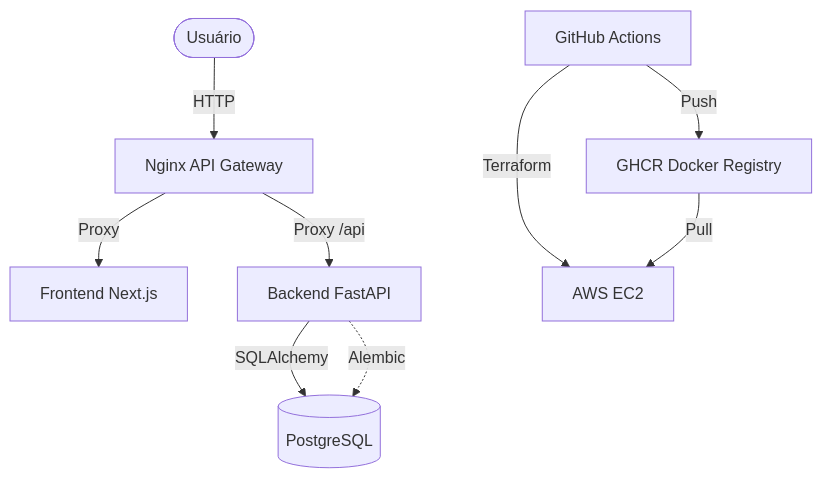
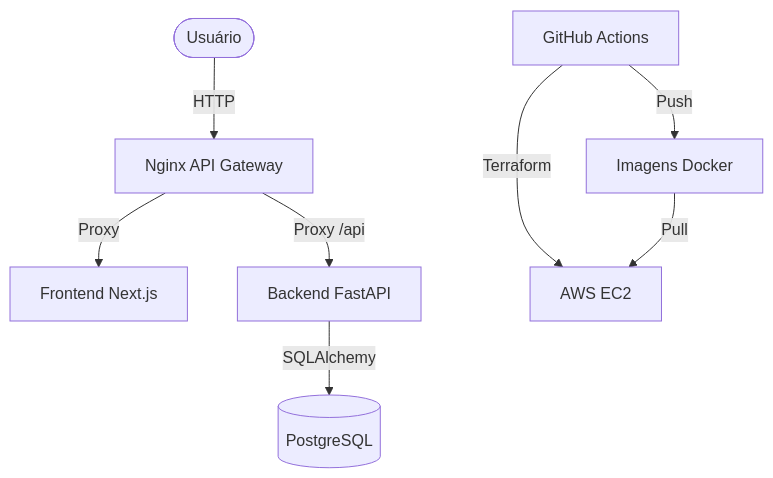
Before and after one commit to mucadoo/task-management-fastapi-nextjs: the diagram in README.md, drawn with Mermaid. The commit also changed other lines of this file, not shown here.

````diff
--- a/README.md
+++ b/README.md
@@ -264,11 +209,10 @@
 ```mermaid
 graph TD
     User([Usuário]) -->|HTTP| Nginx[Nginx API Gateway]
     Nginx -->|Proxy| Frontend[Frontend Next.js]
     Nginx -->|Proxy /api| Backend[Backend FastAPI]
     Backend -->|SQLAlchemy| DB[(PostgreSQL)]
-    Backend -.->|Alembic| DB
     CI[GitHub Actions] -->|Terraform| AWS[AWS EC2]
-    CI -->|Push| GHCR[GHCR Docker Registry]
+    CI -->|Push| GHCR[Imagens Docker]
     GHCR -->|Pull| AWS
 ```
````
